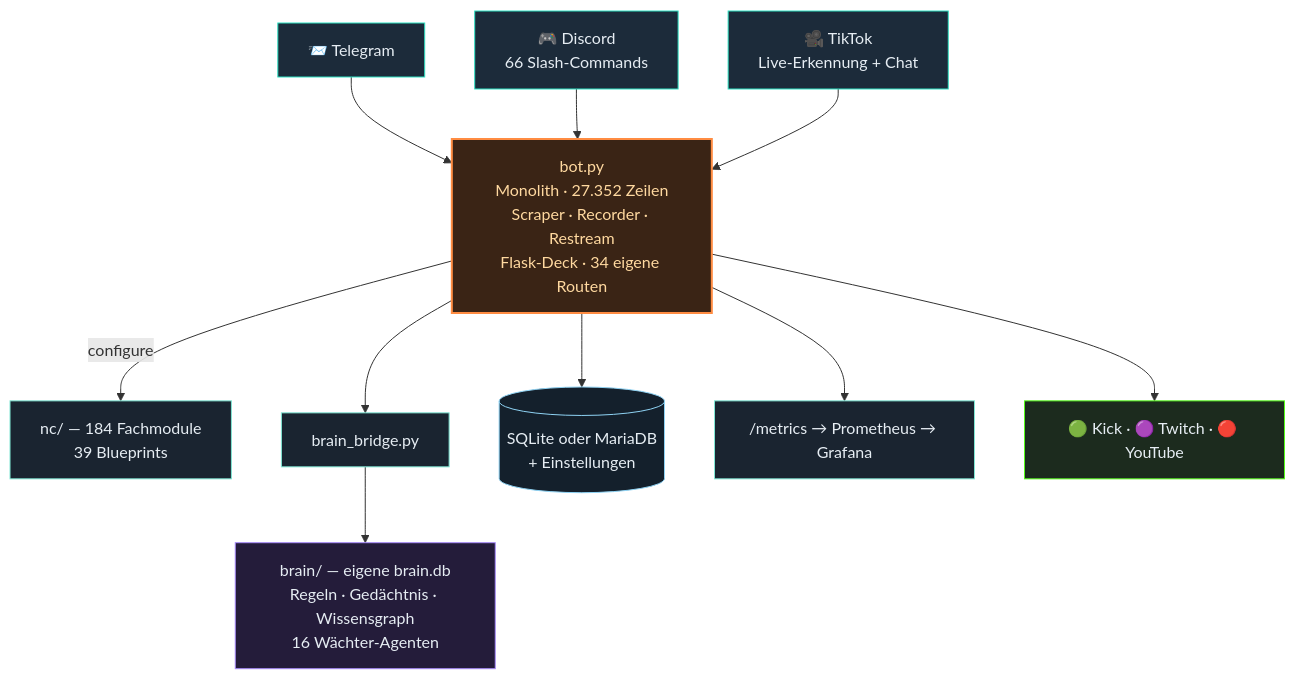
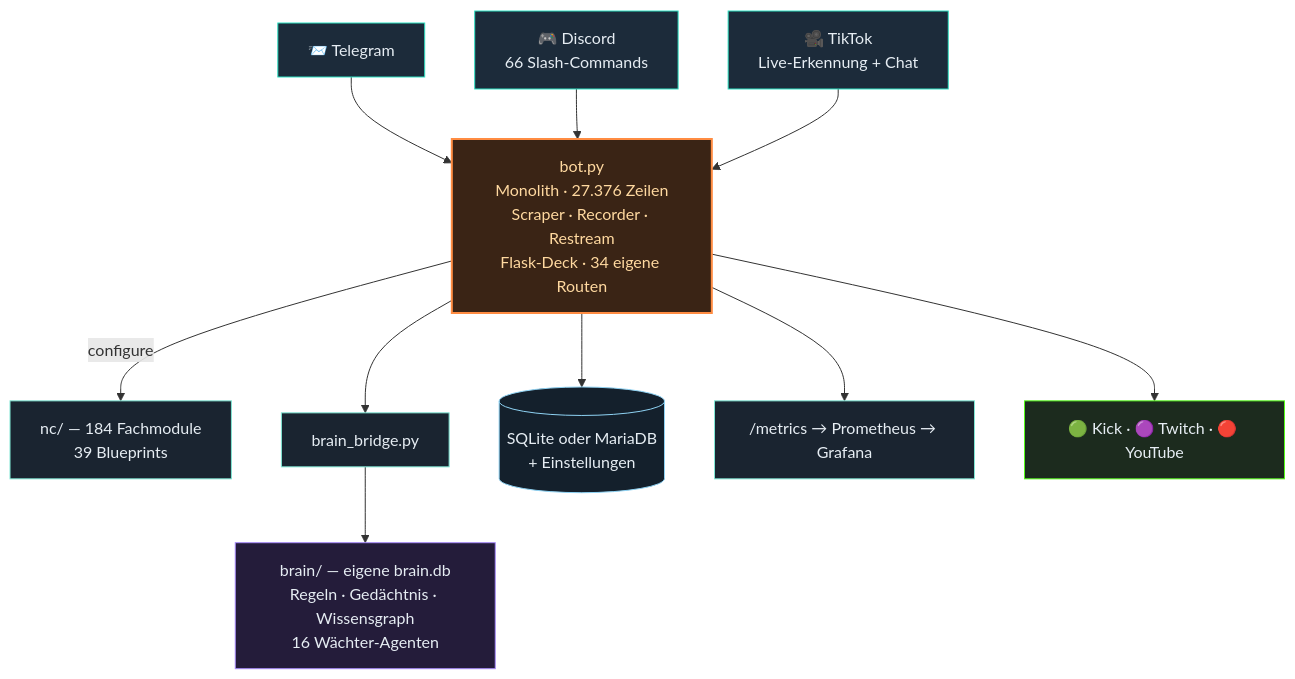
The second of 3 diagrams in README.md (itsamemedev/Telegram-Stream-Info-Bot), drawn with Mermaid before and after one commit. The commit also changed other lines of this file and 10 other files, not shown here.

````diff
--- a/README.md
+++ b/README.md
@@ -118,19 +118,19 @@
 ```mermaid
 flowchart TB
     TG["📨 Telegram"]:::ein --> BOT
     DC["🎮 Discord<br/>66 Slash-Commands"]:::ein --> BOT
     TT["🎥 TikTok<br/>Live-Erkennung + Chat"]:::ein --> BOT
-    BOT["bot.py<br/>Monolith · 27.352 Zeilen<br/>Scraper · Recorder · Restream<br/>Flask-Deck · 34 eigene Routen"]:::core
+    BOT["bot.py<br/>Monolith · 27.376 Zeilen<br/>Scraper · Recorder · Restream<br/>Flask-Deck · 34 eigene Routen"]:::core
     BOT -->|configure| NC["nc/ — 184 Fachmodule<br/>39 Blueprints"]:::lib
     BOT --> BR["brain_bridge.py"]:::lib
     BR --> BRAIN["brain/ — eigene brain.db<br/>Regeln · Gedächtnis · Wissensgraph<br/>16 Wächter-Agenten"]:::brain
     BOT --> DB[("SQLite oder MariaDB<br/>+ Einstellungen")]:::db
     BOT --> PROM["/metrics → Prometheus → Grafana"]:::lib
     BOT --> OUT["🟢 Kick · 🟣 Twitch · 🔴 YouTube"]:::out
     classDef ein fill:#1c2b3a,stroke:#2de1c2,color:#e6edf3
     classDef core fill:#3a2415,stroke:#ff8c42,stroke-width:2px,color:#ffd9a0
     classDef lib fill:#1a2430,stroke:#7fe7d4,color:#e6edf3
     classDef brain fill:#241c3a,stroke:#a78bfa,color:#e6edf3
     classDef db fill:#14202c,stroke:#8fd3f4,color:#e6edf3
     classDef out fill:#1c2b1e,stroke:#53fc18,color:#e6edf3
 ```
````
